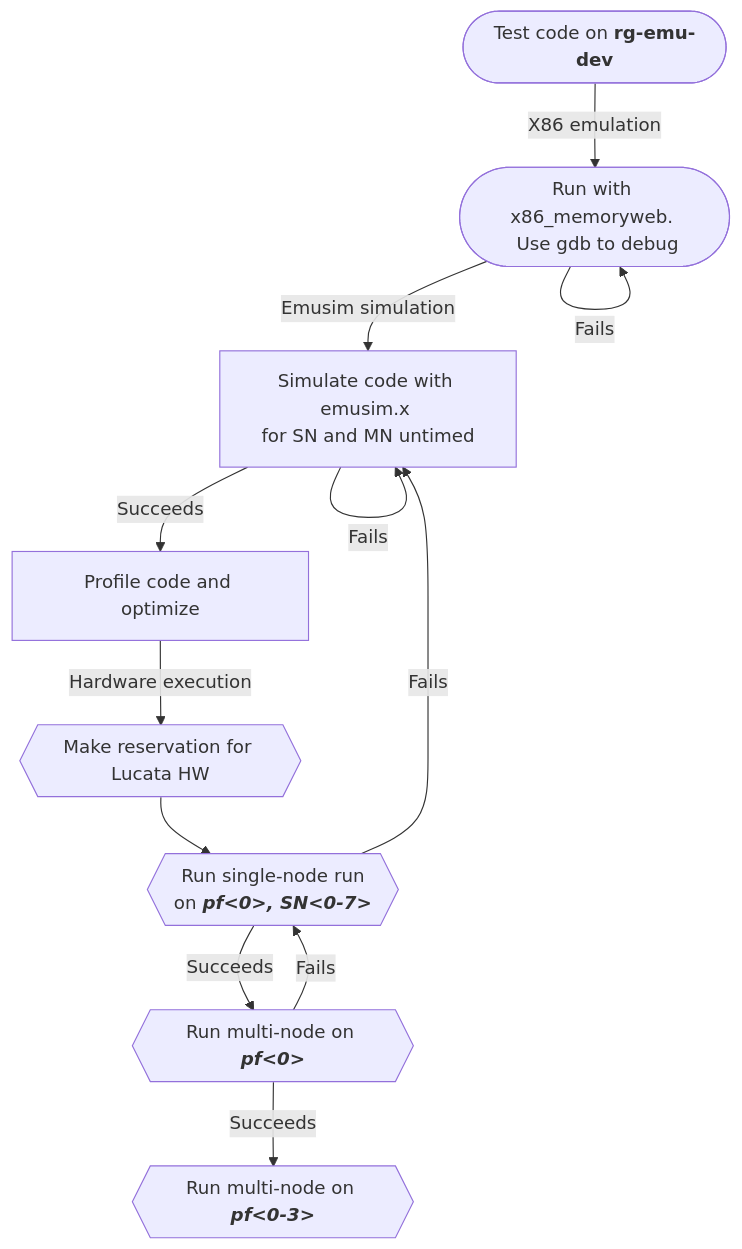
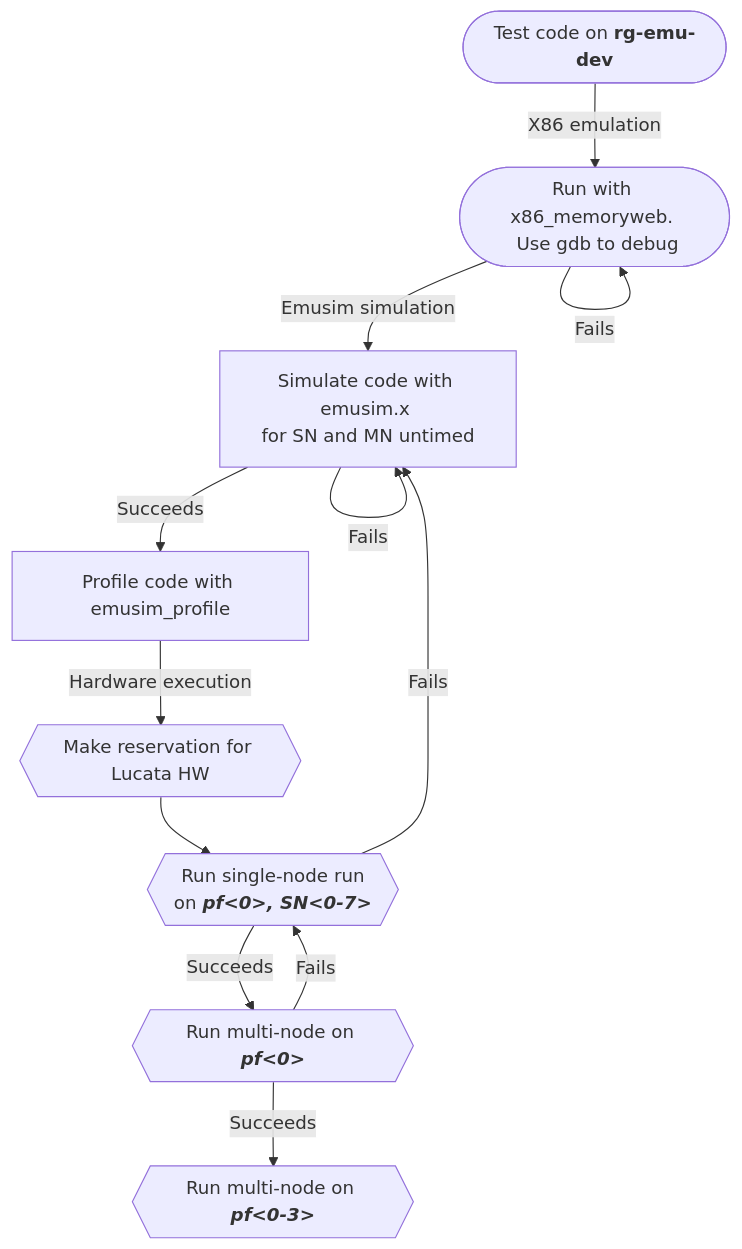
Before and after one commit to gt-crnch-rg/read-the-docs: the diagram in docs/figures/lucata/lucata_workflow_diagram.md, drawn with Mermaid.

````diff
--- a/docs/figures/lucata/lucata_workflow_diagram.md
+++ b/docs/figures/lucata/lucata_workflow_diagram.md
@@ -1,14 +1,14 @@
 ```mermaid
   graph TD;
       A([Test code on <b>rg-emu-dev</b>])--X86 emulation-->B([Run with x86_memoryweb. <br/> Use gdb to debug]);
       B--Emusim simulation-->C[Simulate code with emusim.x <br/>for SN and MN untimed];
       B--Fails-->B;
-      C--Succeeds-->D[Profile code and optimize];
+      C--Succeeds-->D[Profile code with emusim_profile];
       C--Fails-->C;
       D--Hardware execution-->E{{Make reservation for Lucata HW}};
       E-->F{{Run single-node run <br/>on <b><i>pf<0>, SN<0-7></i></b>}};
       F--Succeeds-->G{{Run multi-node on <b><i>pf<0></i></b>}}
       F--Fails-->C
       G--Succeeds-->H{{Run multi-node on <b><i>pf<0-3></i></b>}}
       G--Fails-->F
 ```
````
